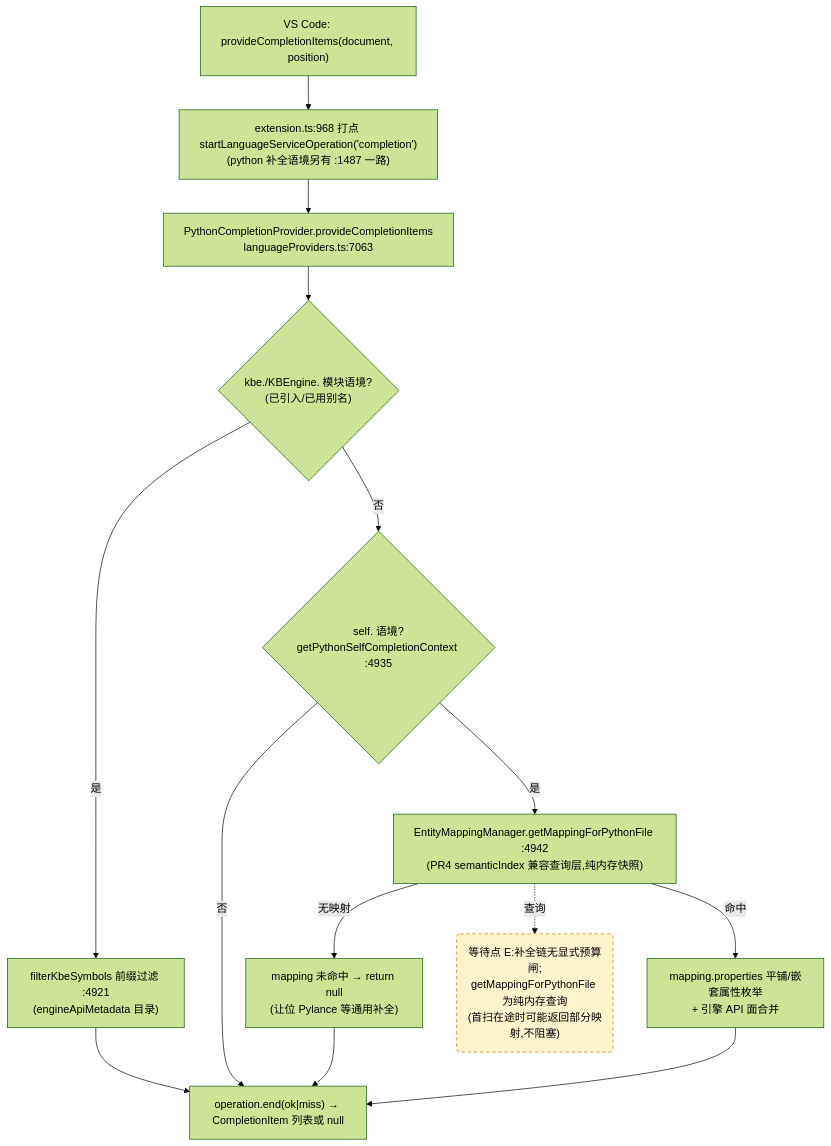
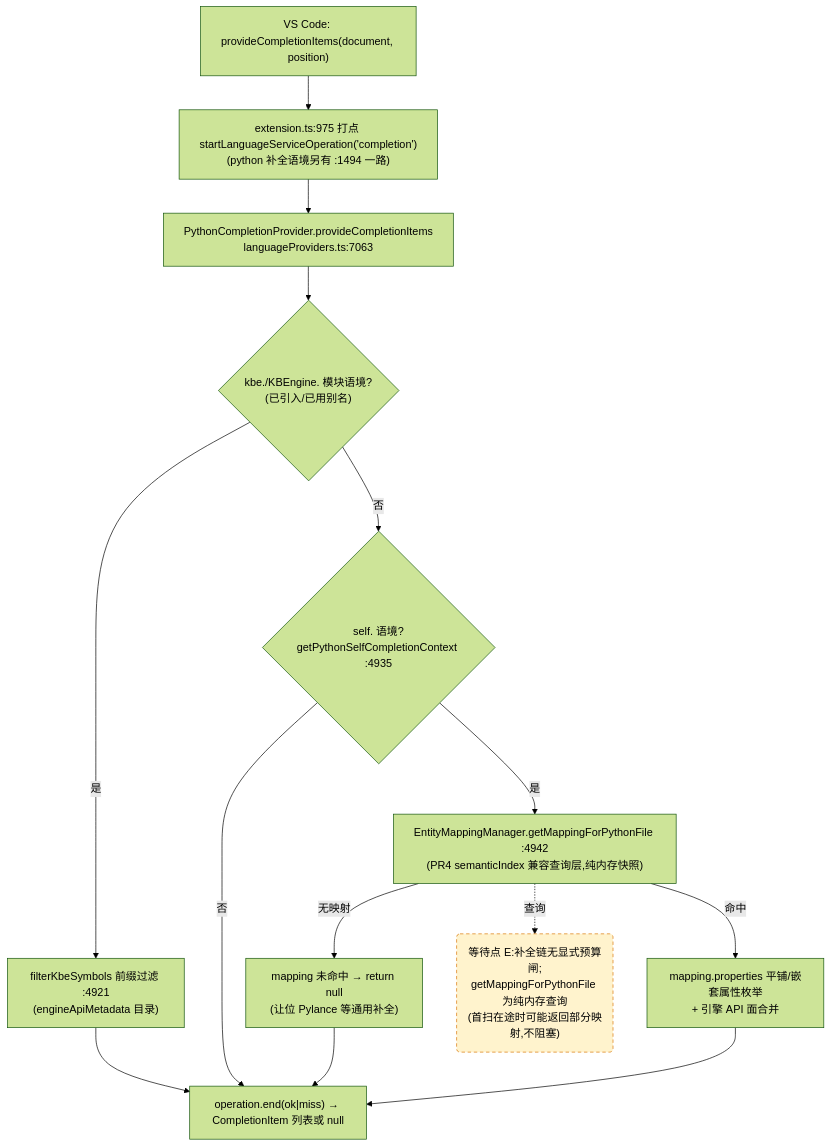
The third of 4 diagrams in docs/perf/2026-baseline.md (cuihairu/kode), drawn with Mermaid (forest theme) before and after one commit. The commit also changed other lines of this file and 4 other files, not shown here.

````diff
--- a/docs/perf/2026-baseline.md
+++ b/docs/perf/2026-baseline.md
@@ -184,27 +184,27 @@
 ```mermaid
 flowchart TD
   VC3["VS Code: provideCompletionItems(document, position)"]
-  M3["extension.ts:968 打点 startLanguageServiceOperation('completion')<br/>(python 补全语境另有 :1487 一路)"]
+  M3["extension.ts:975 打点 startLanguageServiceOperation('completion')<br/>(python 补全语境另有 :1494 一路)"]
   CP["PythonCompletionProvider.provideCompletionItems<br/>languageProviders.ts:7063"]
   KBEC{"kbe./KBEngine. 模块语境?<br/>(已引入/已用别名)"}
   FILTER["filterKbeSymbols 前缀过滤 :4921<br/>(engineApiMetadata 目录)"]
   SELFC{"self. 语境?<br/>getPythonSelfCompletionContext :4935"}
   MAP["EntityMappingManager.getMappingForPythonFile :4942<br/>(PR4 semanticIndex 兼容查询层,纯内存快照)"]
   NOMAP["mapping 未命中 → return null<br/>(让位 Pylance 等通用补全)"]
   PROPS["mapping.properties 平铺/嵌套属性枚举<br/>+ 引擎 API 面合并"]
   END3["operation.end(ok|miss) → CompletionItem 列表或 null"]
 
   VC3 --> M3 --> CP --> KBEC
   KBEC -- "是" --> FILTER --> END3
   KBEC -- "否" --> SELFC
   SELFC -- "否" --> END3
   SELFC -- "是" --> MAP
   MAP -- "无映射" --> NOMAP --> END3
   MAP -- "命中" --> PROPS --> END3
 
   WAITE("等待点 E:补全链无显式预算闸;<br/>getMappingForPythonFile 为纯内存查询<br/>(首扫在途时可能返回部分映射,不阻塞)")
   MAP -.->|查询| WAITE
 
   classDef waitPoint fill:#fff3cd,stroke:#d97706,stroke-dasharray:5 4;
   class WAITE waitPoint;
 ```
````
